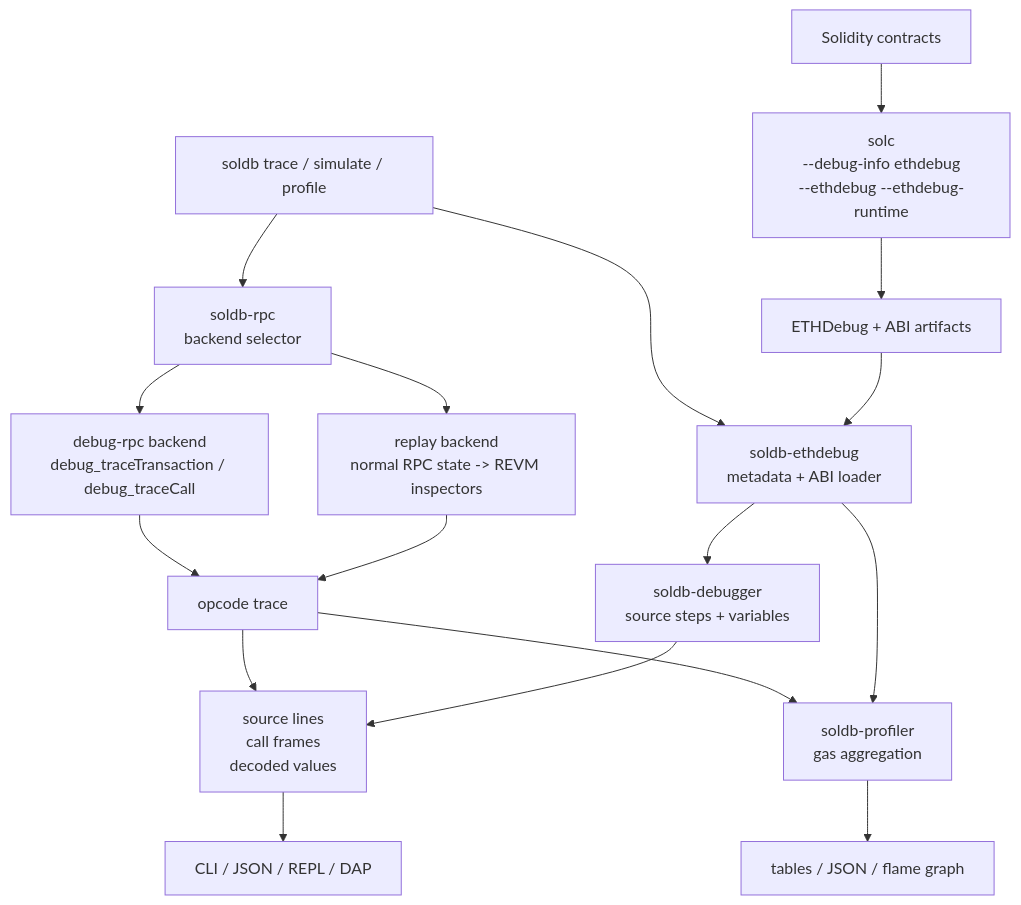
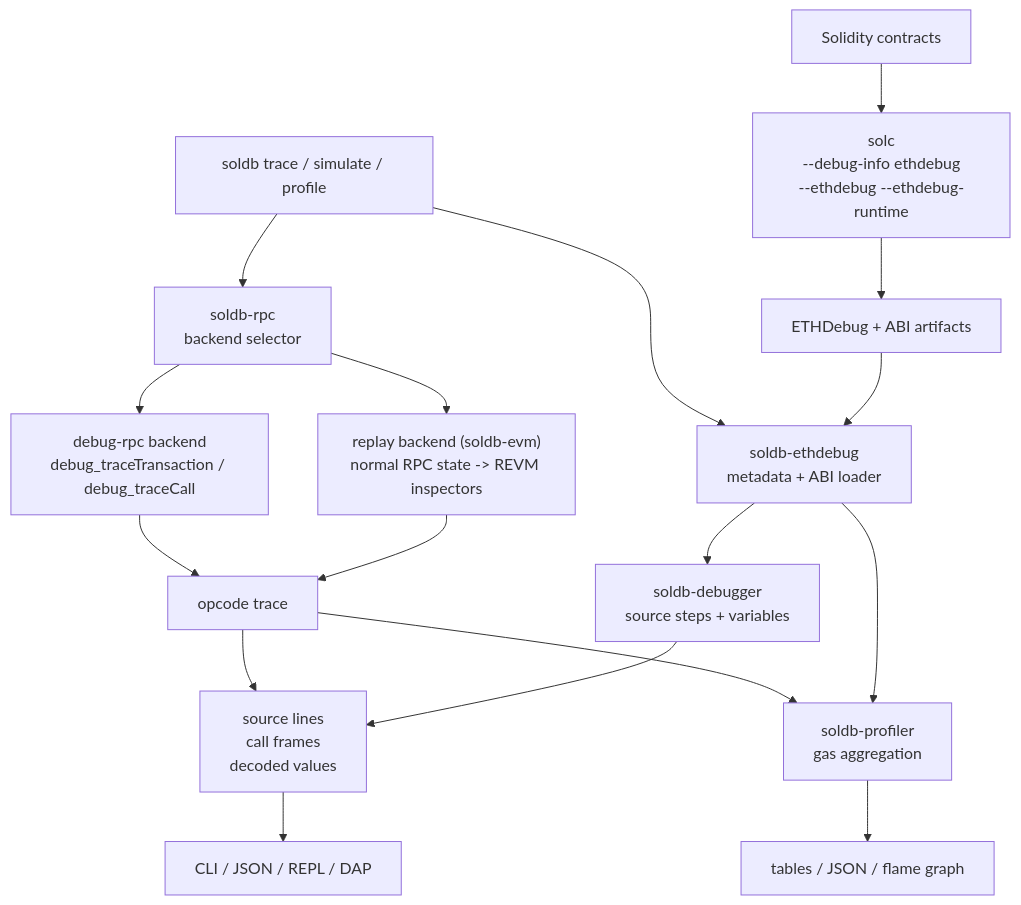
Before and after one commit to walnuthq/soldb: the diagram in README.md, drawn with Mermaid. The commit also changed other lines of this file and 15 other files, not shown here.

````diff
--- a/README.md
+++ b/README.md
@@ -177,22 +177,22 @@
 ```mermaid
 flowchart TD
     contracts["Solidity contracts"] --> solc["solc<br/>--debug-info ethdebug<br/>--ethdebug --ethdebug-runtime"]
     solc --> artifacts["ETHDebug + ABI artifacts"]
 
     cli["soldb trace / simulate / profile"] --> metadata["soldb-ethdebug<br/>metadata + ABI loader"]
     artifacts --> metadata
 
     cli --> selector["soldb-rpc<br/>backend selector"]
     selector --> debug_rpc["debug-rpc backend<br/>debug_traceTransaction / debug_traceCall"]
-    selector --> replay["replay backend<br/>normal RPC state -> REVM inspectors"]
+    selector --> replay["replay backend (soldb-evm)<br/>normal RPC state -> REVM inspectors"]
 
     debug_rpc --> opcode_trace["opcode trace"]
     replay --> opcode_trace
     metadata --> debugger["soldb-debugger<br/>source steps + variables"]
     opcode_trace --> enriched
     debugger --> enriched["source lines<br/>call frames<br/>decoded values"]
     enriched --> outputs["CLI / JSON / REPL / DAP"]
     opcode_trace --> profiler["soldb-profiler<br/>gas aggregation"]
     metadata --> profiler
     profiler --> profile_outputs["tables / JSON / flame graph"]
 ```
````
